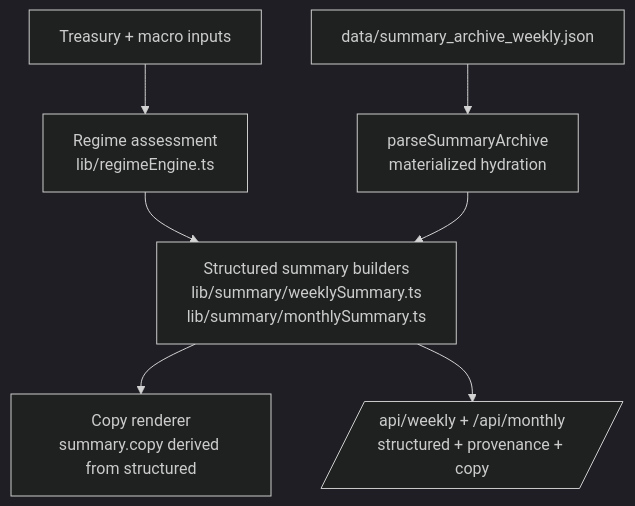
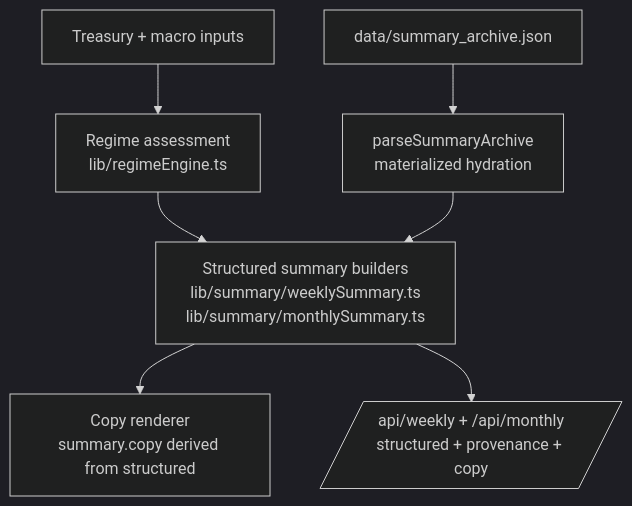
One commit to zz-plant/whether changed the fourth of 5 diagrams in docs/architecture.md. Above: the diagram before and after it, drawn with Mermaid (dark theme). The commit also changed other lines of this file and 9 other files, not shown here.

````diff
--- a/docs/architecture.md
+++ b/docs/architecture.md
@@ -339,9 +336,9 @@
 ```mermaid
 flowchart TD
     A[Treasury + macro inputs] --> B[Regime assessment<br/>lib/regimeEngine.ts]
     B --> C[Structured summary builders<br/>lib/summary/weeklySummary.ts<br/>lib/summary/monthlySummary.ts]
     C --> D[Copy renderer<br/>summary.copy derived from structured]
     C --> E[/api/weekly + /api/monthly<br/>structured + provenance + copy/]
-    F[data/summary_archive_weekly.json] --> G[parseSummaryArchive<br/>materialized hydration]
+    F[data/summary_archive.json] --> G[parseSummaryArchive<br/>materialized hydration]
     G --> C
 ```
````
